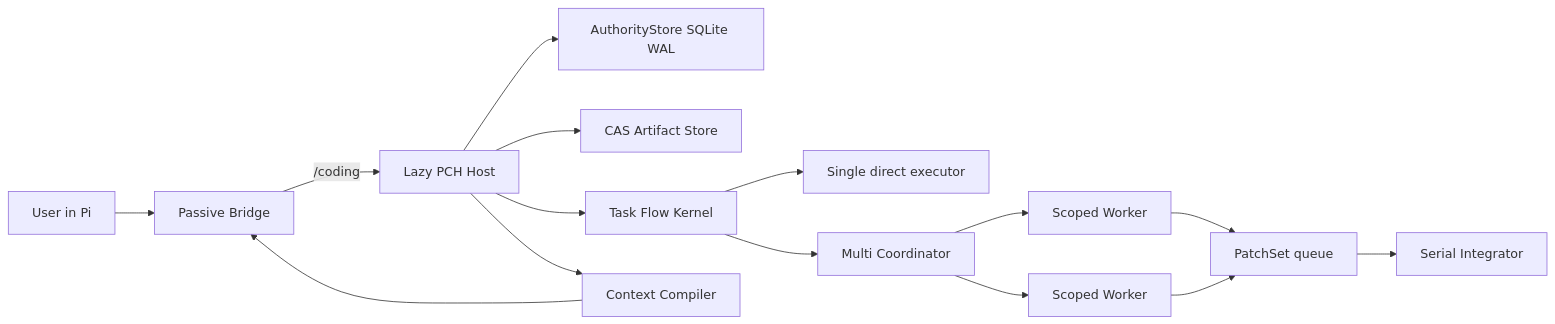
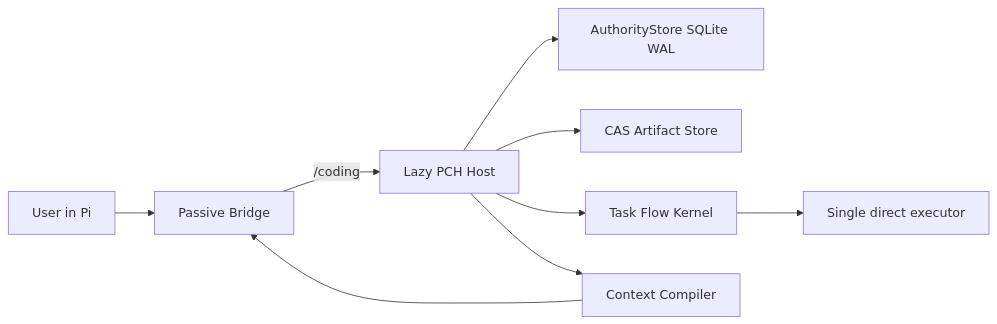
One commit to KirschBluteX/pi-coding-harness changed the first of 3 diagrams in docs/PI-CODING-HARNESS-BLUEPRINT.md. Above: the diagram before and after it, drawn with Mermaid. The commit also changed other lines of this file and 70 other files, not shown here.

````diff
--- a/docs/PI-CODING-HARNESS-BLUEPRINT.md
+++ b/docs/PI-CODING-HARNESS-BLUEPRINT.md
@@ -102,17 +103,11 @@
 ```mermaid
 flowchart LR
   U["User in Pi"] --> B["Passive Bridge"]
   B -->|"/coding"| H["Lazy PCH Host"]
   H --> A["AuthorityStore SQLite WAL"]
   H --> C["CAS Artifact Store"]
   H --> T["Task Flow Kernel"]
   T --> S["Single direct executor"]
-  T --> M["Multi Coordinator"]
-  M --> W1["Scoped Worker"]
-  M --> W2["Scoped Worker"]
-  W1 --> P["PatchSet queue"]
-  W2 --> P
-  P --> I["Serial Integrator"]
   H --> X["Context Compiler"]
   X --> B
 ```
````
